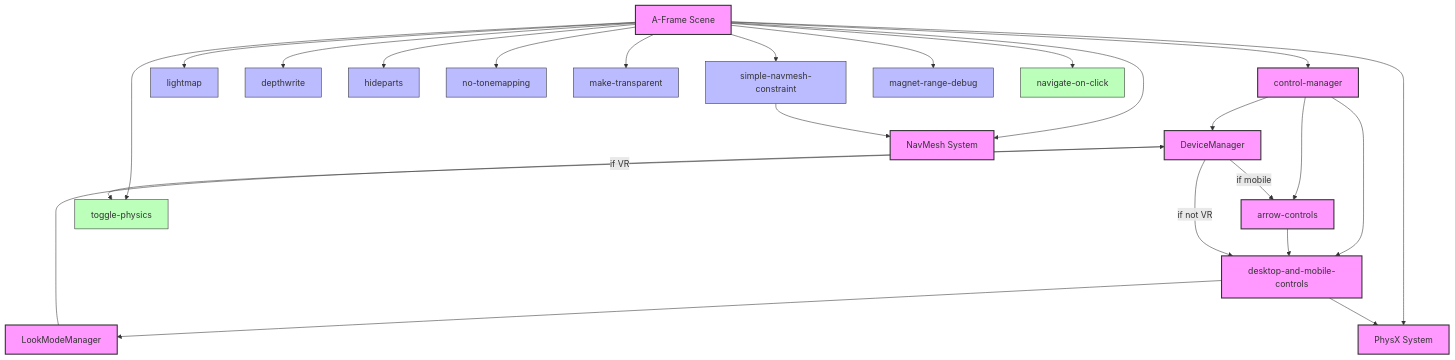
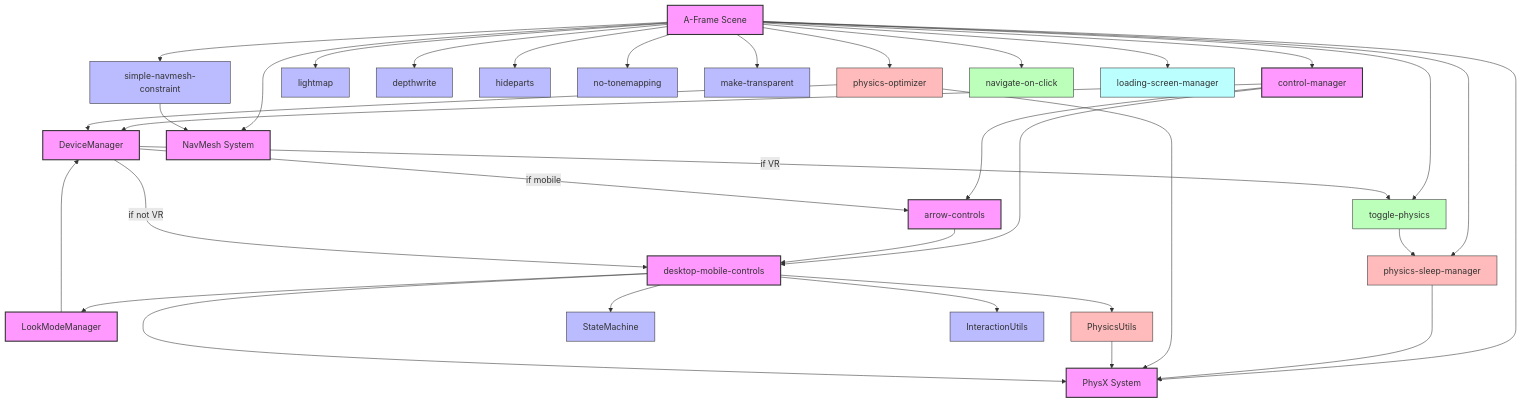
One commit to Tezeroth/VRMOBDESK-REFACTOR changed the diagram in Documentation/UML/ComponentRelationship.md. Above: the diagram before and after it, drawn with Mermaid. The commit also changed 24 other files, not shown here.

````diff
--- a/Documentation/UML/ComponentRelationship.md
+++ b/Documentation/UML/ComponentRelationship.md
@@ -6,12 +6,17 @@
     Scene[A-Frame Scene]
     DeviceManager[DeviceManager]
     ControlManager[control-manager]
-    DesktopMobileControls[desktop-and-mobile-controls]
+    DesktopMobileControls[desktop-mobile-controls]
     LookModeManager[LookModeManager]
     ArrowControls[arrow-controls]
     PhysX[PhysX System]
     NavMesh[NavMesh System]
-    
+
+    %% Physics Optimization Components
+    PhysicsSleepManager[physics-sleep-manager]
+    PhysicsOptimizer[physics-optimizer]
+    PhysicsUtils[PhysicsUtils]
+
     %% Model Utility Components
     LightMap[lightmap]
     DepthWrite[depthwrite]
@@ -19,23 +24,41 @@
     NoToneMapping[no-tonemapping]
     MakeTransparent[make-transparent]
     NavMeshConstraint[simple-navmesh-constraint]
-    MagnetRangeDebug[magnet-range-debug]
-    
+
     %% Interaction Components
     NavigateOnClick[navigate-on-click]
     TogglePhysics[toggle-physics]
-    
+
+    %% UI Components
+    LoadingScreenManager[loading-screen-manager]
+
+    %% Utility Components
+    StateMachine[StateMachine]
+    InteractionUtils[InteractionUtils]
+
     %% Relationships
     Scene --> ControlManager
     Scene --> PhysX
     Scene --> NavMesh
-    
+    Scene --> PhysicsSleepManager
+    Scene --> PhysicsOptimizer
+    Scene --> LoadingScreenManager
+
     ControlManager --> DeviceManager
     ControlManager --> DesktopMobileControls
     ControlManager --> ArrowControls
-    
+
     DesktopMobileControls --> LookModeManager
-    
+    DesktopMobileControls --> PhysicsUtils
+    DesktopMobileControls --> InteractionUtils
+    DesktopMobileControls --> StateMachine
+
+    %% Physics Relationships
+    PhysicsSleepManager --> PhysX
+    PhysicsOptimizer --> PhysX
+    PhysicsUtils --> PhysX
+    TogglePhysics --> PhysicsSleepManager
+
     %% Model Utility Relationships
     Scene --> LightMap
     Scene --> DepthWrite
@@ -43,29 +66,33 @@
     Scene --> NoToneMapping
     Scene --> MakeTransparent
     Scene --> NavMeshConstraint
-    Scene --> MagnetRangeDebug
-    
+
     %% Interaction Relationships
     Scene --> NavigateOnClick
     Scene --> TogglePhysics
-    
+
     %% Component Dependencies
     DesktopMobileControls --> PhysX
     NavMeshConstraint --> NavMesh
     ArrowControls --> DesktopMobileControls
     LookModeManager --> DeviceManager
-    
+    PhysicsOptimizer --> DeviceManager
+
     %% Conditional Relationships
     DeviceManager -- "if mobile" --> ArrowControls
     DeviceManager -- "if VR" --> TogglePhysics
     DeviceManager -- "if not VR" --> DesktopMobileControls
-    
+
     %% Style
     classDef core fill:#f9f,stroke:#333,stroke-width:2px
+    classDef physics fill:#fbb,stroke:#333,stroke-width:1px
     classDef utility fill:#bbf,stroke:#333,stroke-width:1px
     classDef interaction fill:#bfb,stroke:#333,stroke-width:1px
-    
+    classDef ui fill:#bff,stroke:#333,stroke-width:1px
+
     class Scene,DeviceManager,ControlManager,DesktopMobileControls,LookModeManager,ArrowControls,PhysX,NavMesh core
-    class LightMap,DepthWrite,HideParts,NoToneMapping,MakeTransparent,NavMeshConstraint,MagnetRangeDebug utility
+    class PhysicsSleepManager,PhysicsOptimizer,PhysicsUtils physics
+    class LightMap,DepthWrite,HideParts,NoToneMapping,MakeTransparent,NavMeshConstraint,StateMachine,InteractionUtils utility
     class NavigateOnClick,TogglePhysics interaction
+    class LoadingScreenManager ui
 ```
````
